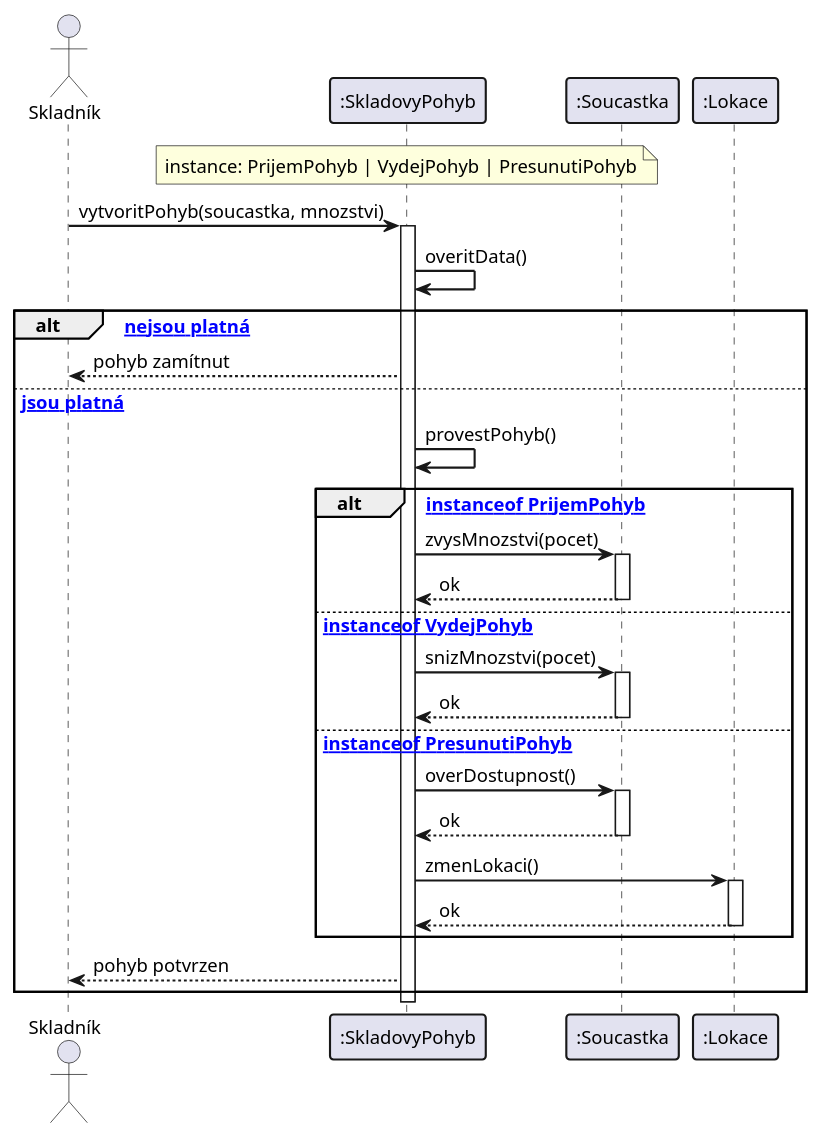
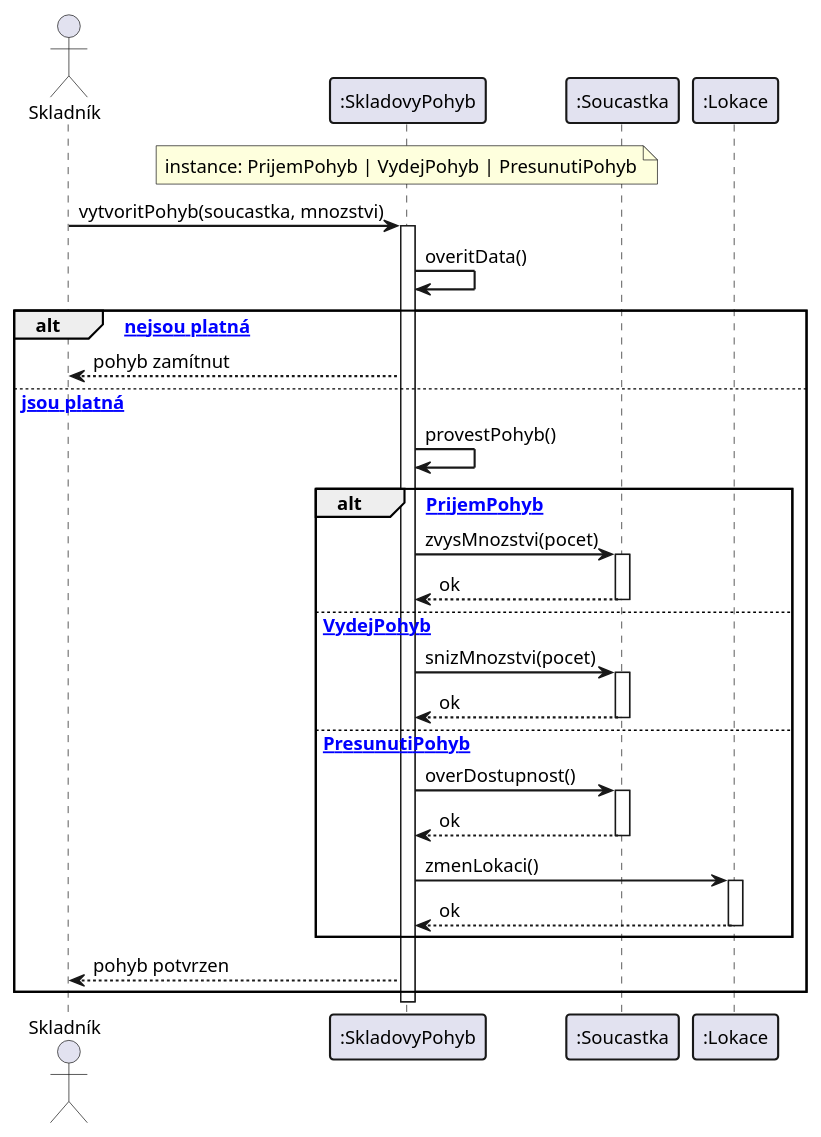
The diagram in diagrams/13_sequence_pohyb.puml (lkvapil/kOdevzdaniProjektWMS), drawn with PlantUML before and after one commit. The commit also changed 4 other files, not shown here.

Commit message:
fix: rozsir text sekv. diagramu 5.3

```diff
--- a/diagrams/13_sequence_pohyb.puml
+++ b/diagrams/13_sequence_pohyb.puml
@@ -1,52 +1,52 @@
 @startuml
 skinparam defaultFontSize 13
 skinparam sequenceArrowThickness 1.5
 skinparam sequenceParticipantBorderThickness 1.5
 skinparam sequenceGroupBorderThickness 1.5
 
 actor "Skladník" as Uzivatel
 participant ":SkladovyPohyb" as Pohyb
 note over Pohyb : instance: PrijemPohyb | VydejPohyb | PresunutiPohyb
 participant ":Soucastka" as Soucastka
 participant ":Lokace" as Lokace
 
 Uzivatel -> Pohyb : vytvoritPohyb(soucastka, mnozstvi)
 activate Pohyb
 
 Pohyb -> Pohyb : overitData()
 
 alt [data nejsou platná]
     Pohyb --> Uzivatel : pohyb zamítnut
 
 else [data jsou platná]
     Pohyb -> Pohyb : provestPohyb()
 
-    alt [pohyb instanceof PrijemPohyb]
+    alt [PrijemPohyb]
         Pohyb -> Soucastka : zvysMnozstvi(pocet)
         activate Soucastka
         Soucastka --> Pohyb : ok
         deactivate Soucastka
 
-    else [pohyb instanceof VydejPohyb]
+    else [VydejPohyb]
         Pohyb -> Soucastka : snizMnozstvi(pocet)
         activate Soucastka
         Soucastka --> Pohyb : ok
         deactivate Soucastka
 
-    else [pohyb instanceof PresunutiPohyb]
+    else [PresunutiPohyb]
         Pohyb -> Soucastka : overDostupnost()
         activate Soucastka
         Soucastka --> Pohyb : ok
         deactivate Soucastka
         Pohyb -> Lokace : zmenLokaci()
         activate Lokace
         Lokace --> Pohyb : ok
         deactivate Lokace
     end
 
     Pohyb --> Uzivatel : pohyb potvrzen
 end
 
 deactivate Pohyb
 
 @enduml
```
